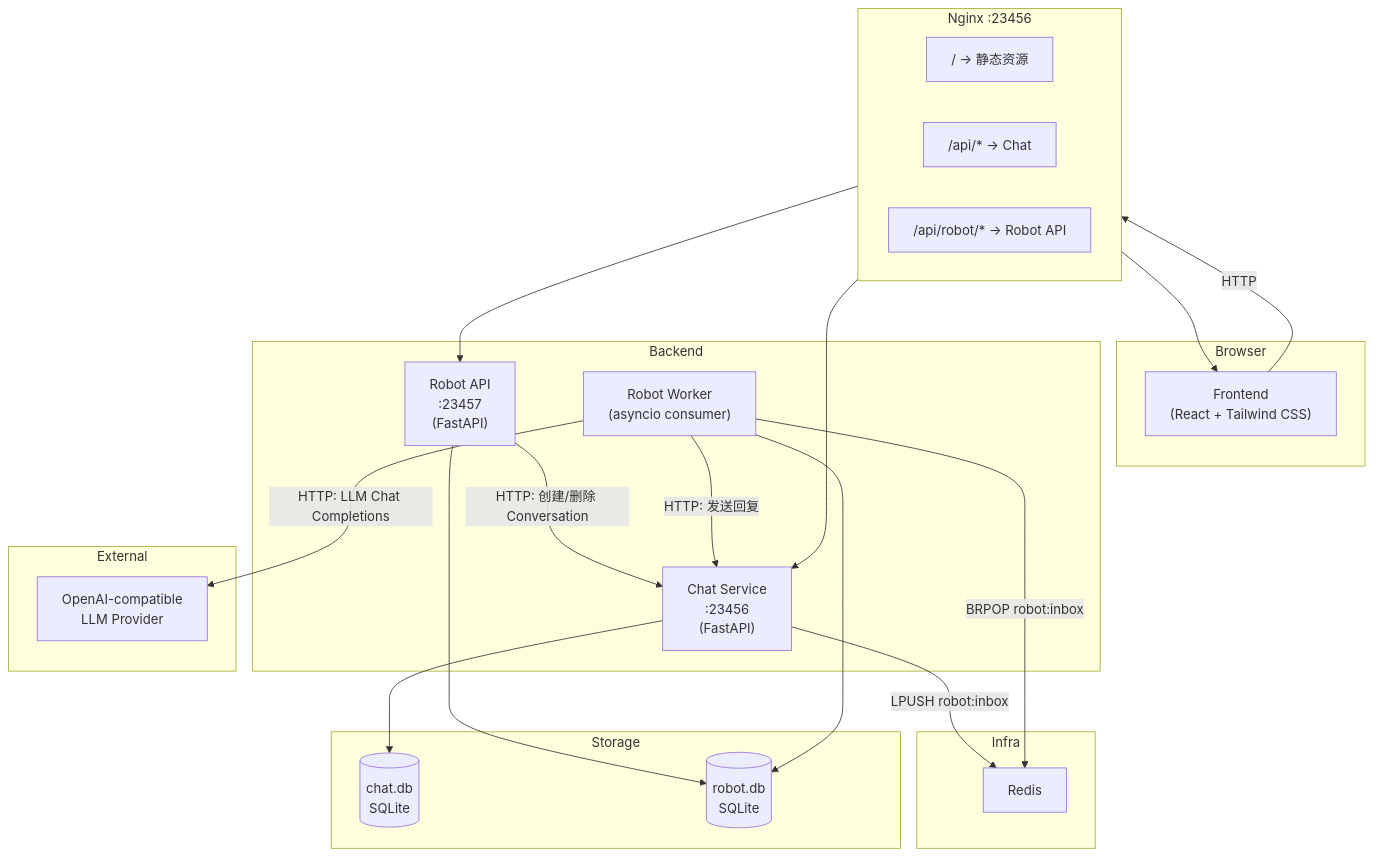
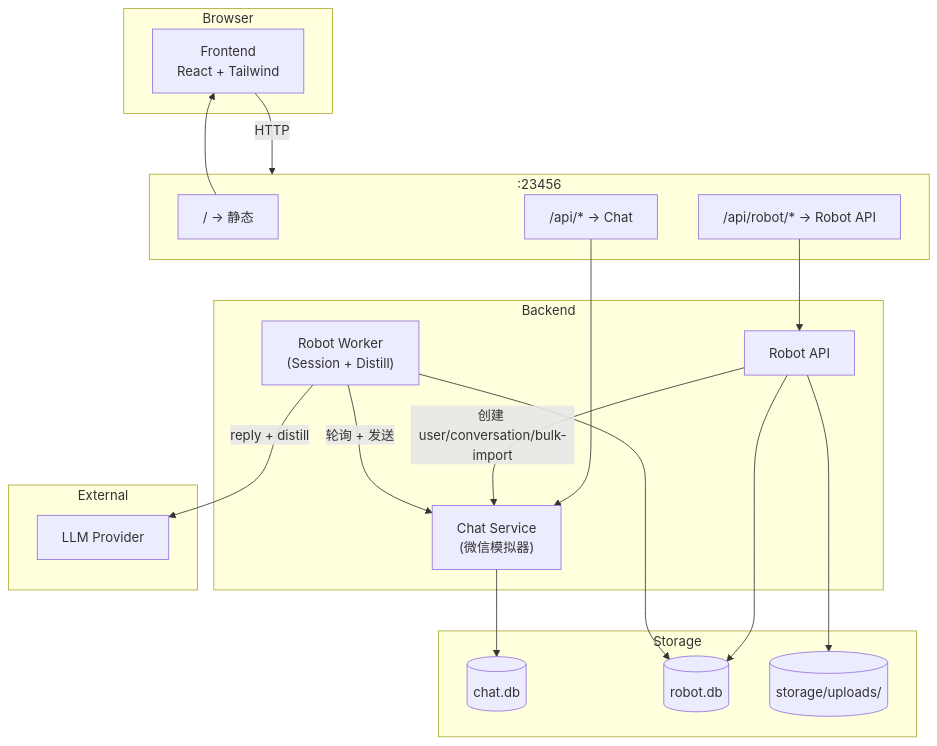
The diagram in README.md (luotw100/wangzonghao), drawn with Mermaid before and after one commit. The commit also changed other lines of this file and 14 other files, not shown here.

````diff
--- a/README.md
+++ b/README.md
@@ -9,47 +25,41 @@
 ```mermaid
 graph TB
     subgraph Browser
-        FE["Frontend<br/>(React + Tailwind CSS)"]
+        FE["Frontend<br/>React + Tailwind"]
     end
 
-    subgraph Nginx["Nginx :23456"]
-        direction LR
-        NG_STATIC["/ → 静态资源"]
+    subgraph Nginx[":23456"]
+        NG_STATIC["/ → 静态"]
         NG_CHAT["/api/* → Chat"]
         NG_ROBOT["/api/robot/* → Robot API"]
     end
 
     subgraph Backend
-        CHAT["Chat Service<br/>:23456<br/>(FastAPI)"]
-        ROBOT_API["Robot API<br/>:23457<br/>(FastAPI)"]
-        ROBOT_WORKER["Robot Worker<br/>(asyncio consumer)"]
-    end
-
-    subgraph Infra
-        REDIS["Redis"]
+        CHAT["Chat Service<br/>(微信模拟器)"]
+        ROBOT_API["Robot API"]
+        ROBOT_WORKER["Robot Worker<br/>(Session + Distill)"]
     end
 
     subgraph Storage
-        CHAT_DB[("chat.db<br/>SQLite")]
-        ROBOT_DB[("robot.db<br/>SQLite")]
+        CHAT_DB[("chat.db")]
+        ROBOT_DB[("robot.db")]
+        UPLOADS[("storage/uploads/")]
     end
 
     subgraph External
-        LLM["OpenAI-compatible<br/>LLM Provider"]
+        LLM["LLM Provider"]
     end
 
     FE -->|HTTP| Nginx
     NG_STATIC --> FE
     NG_CHAT --> CHAT
     NG_ROBOT --> ROBOT_API
 
     CHAT --> CHAT_DB
-    CHAT -->|"LPUSH robot:inbox"| REDIS
     ROBOT_API --> ROBOT_DB
-    ROBOT_API -->|"HTTP: 创建/删除 Conversation"| CHAT
-
+    ROBOT_API --> UPLOADS
+    ROBOT_API -->|创建 user/conversation/bulk-import| CHAT
     ROBOT_WORKER --> ROBOT_DB
-    ROBOT_WORKER -->|"BRPOP robot:inbox"| REDIS
-    ROBOT_WORKER -->|"HTTP: 发送回复"| CHAT
-    ROBOT_WORKER -->|"HTTP: LLM Chat Completions"| LLM
+    ROBOT_WORKER -->|轮询 + 发送| CHAT
+    ROBOT_WORKER -->|reply + distill| LLM
 ```
````
